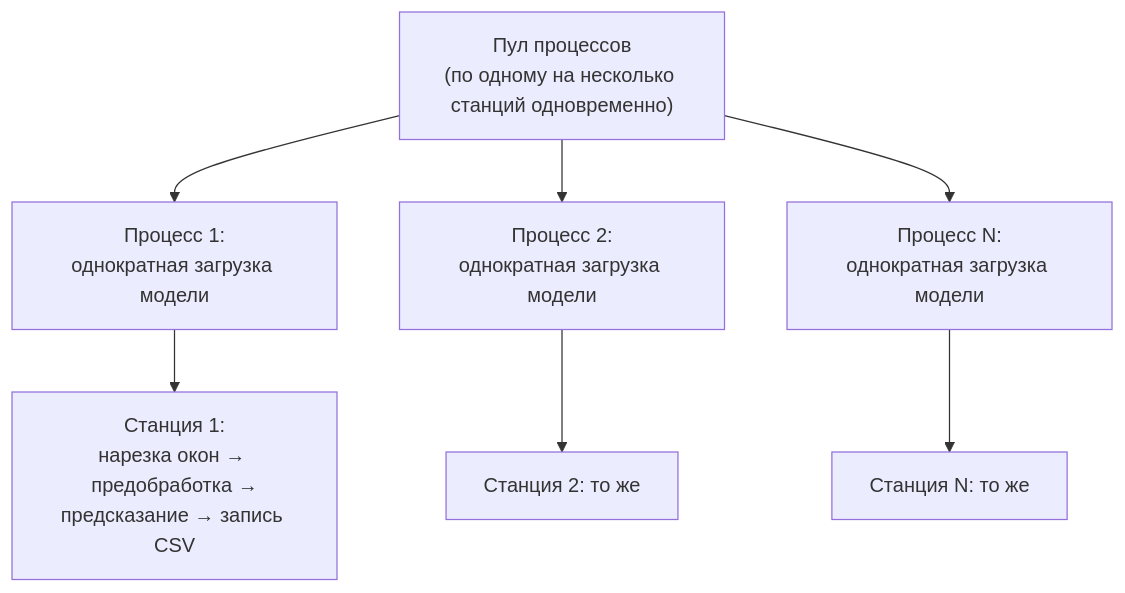
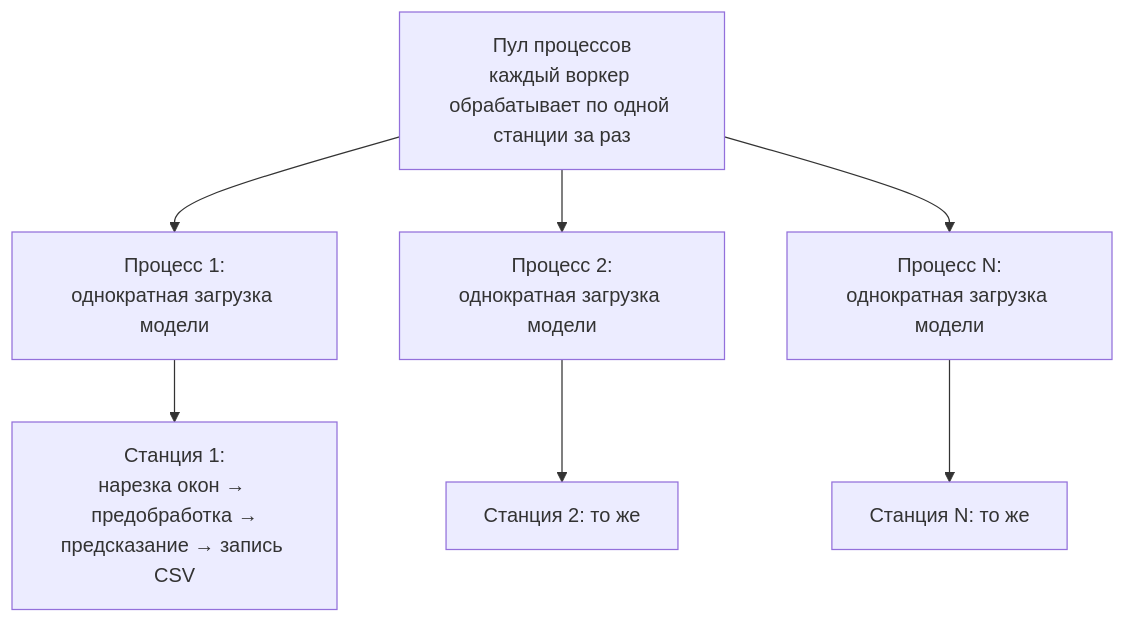
The sixth of 11 diagrams in docs/doc-technical.md (ruhose73/FastEQT), drawn with Mermaid before and after one commit. The commit also changed other lines of this file, not shown here.

````diff
--- a/docs/doc-technical.md
+++ b/docs/doc-technical.md
@@ -275,10 +477,10 @@
 ```mermaid
 flowchart TD
-    Pool["Пул процессов<br/>(по одному на несколько станций одновременно)"]
+    Pool["Пул процессов<br/>каждый воркер обрабатывает по одной станции за раз"]
     Pool --> Init1["Процесс 1:<br/>однократная загрузка модели"]
     Pool --> Init2["Процесс 2:<br/>однократная загрузка модели"]
     Pool --> InitN["Процесс N:<br/>однократная загрузка модели"]
     Init1 --> S1["Станция 1:<br/>нарезка окон → предобработка →<br/>предсказание → запись CSV"]
     Init2 --> S2["Станция 2: то же"]
     InitN --> SN["Станция N: то же"]
 ```
````
